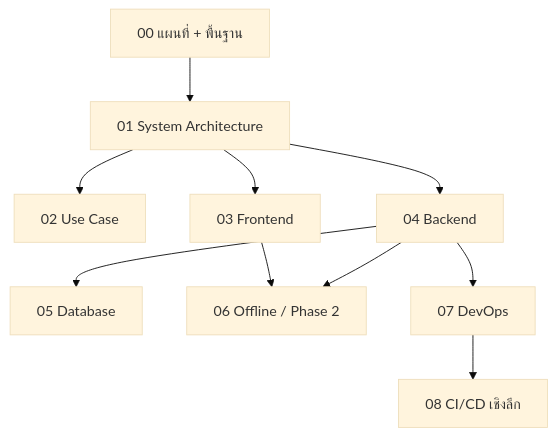
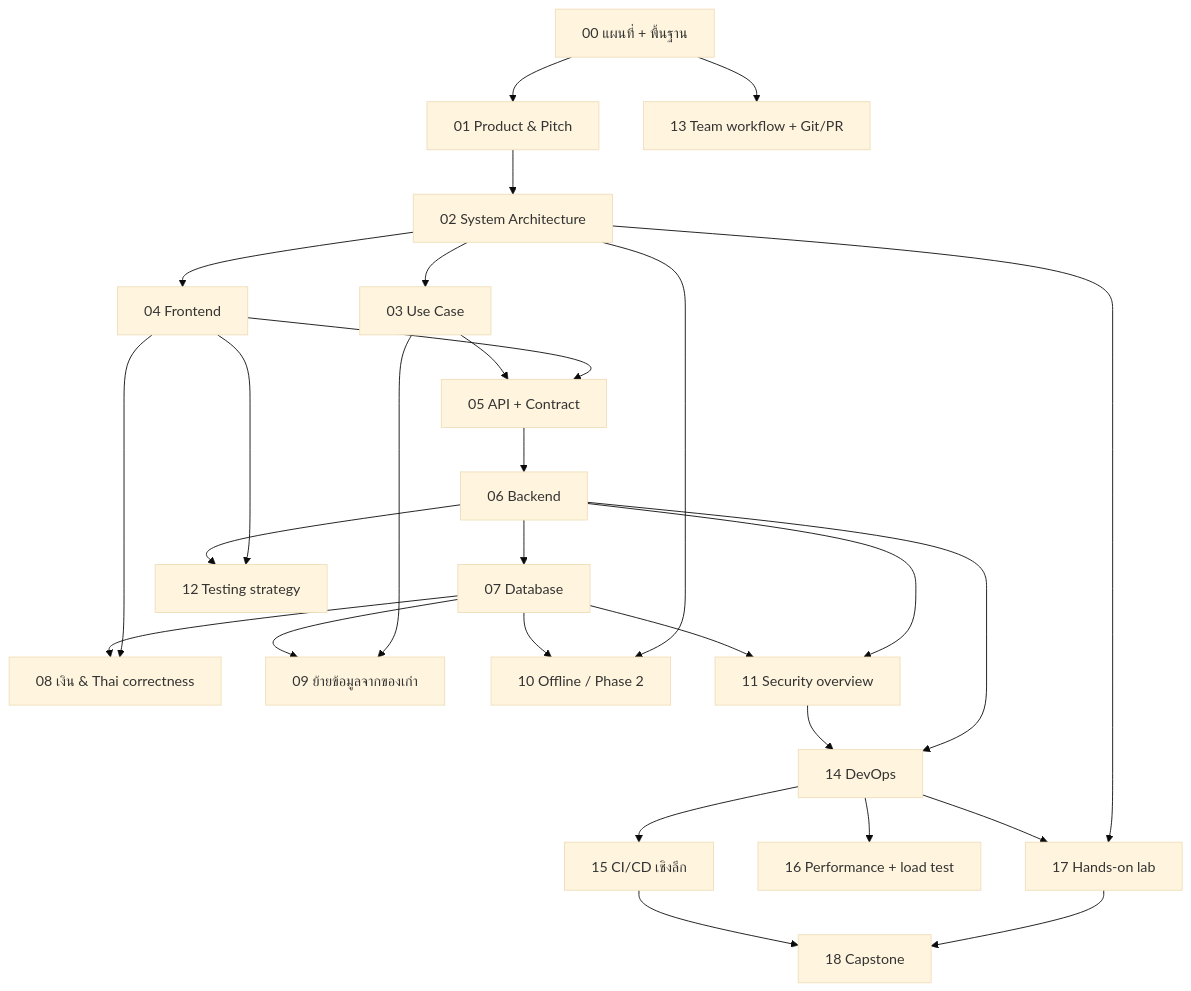
One commit to NuimanLP/srisurart-pos-flutter changed the diagram in docs/study/00_index.md. Above: the diagram before and after it, drawn with Mermaid (base theme). The commit also changed other lines of this file and 18 other files, not shown here.

First line of the commit message:
docs(study): ครบชุด 19 บท (00–18) — pitch, API, security, testing, lab, capstone ฯลฯ

````diff
--- a/docs/study/00_index.md
+++ b/docs/study/00_index.md
@@ -93,12 +106,30 @@
 ```mermaid
 flowchart TD
-    A["00 แผนที่ + พื้นฐาน"] --> B["01 System Architecture"]
-    B --> C["02 Use Case"]
-    B --> D["03 Frontend"]
-    B --> E["04 Backend"]
-    E --> F["05 Database"]
-    D --> G["06 Offline / Phase 2"]
-    E --> G
-    E --> H["07 DevOps"]
-    H --> I["08 CI/CD เชิงลึก"]
+    A["00 แผนที่ + พื้นฐาน"] --> P["01 Product & Pitch"]
+    P --> B["02 System Architecture"]
+    B --> C["03 Use Case"]
+    B --> D["04 Frontend"]
+    D --> API["05 API + Contract"]
+    C --> API
+    API --> E["06 Backend"]
+    E --> F["07 Database"]
+    D --> MONEY["08 เงิน & Thai correctness"]
+    F --> MONEY
+    C --> MIG["09 ย้ายข้อมูลจากของเก่า"]
+    F --> MIG
+    B --> G["10 Offline / Phase 2"]
+    F --> G
+    E --> SEC["11 Security overview"]
+    F --> SEC
+    D --> TEST["12 Testing strategy"]
+    E --> TEST
+    A --> TEAM["13 Team workflow + Git/PR"]
+    E --> H["14 DevOps"]
+    SEC --> H
+    H --> I["15 CI/CD เชิงลึก"]
+    H --> PERF["16 Performance + load test"]
+    B --> LAB["17 Hands-on lab"]
+    H --> LAB
+    LAB --> CAP["18 Capstone"]
+    I --> CAP
 ```
````
